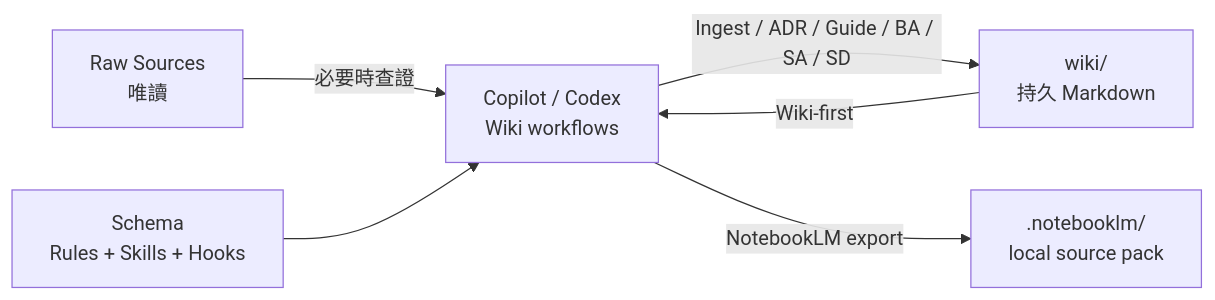
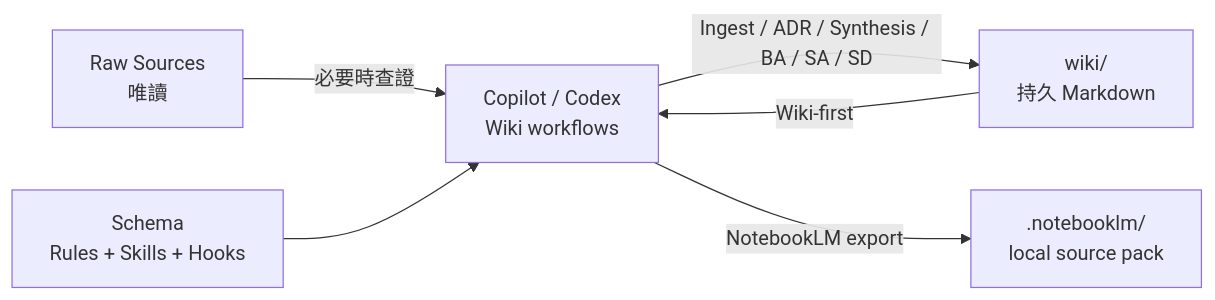
One commit to dennis8499/code-base-llm-wiki changed the diagram in README.md. Above: the diagram before and after it, drawn with Mermaid. The commit also changed other lines of this file and 81 other files, not shown here.

````diff
--- a/README.md
+++ b/README.md
@@ -73,8 +73,8 @@
 ```mermaid
 flowchart LR
     Source[Raw Sources\n唯讀] -->|必要時查證| Agent[Copilot / Codex\nWiki workflows]
     Wiki[wiki/\n持久 Markdown] -->|Wiki-first| Agent
-    Agent -->|Ingest / ADR / Guide / BA / SA / SD| Wiki
+    Agent -->|Ingest / ADR / Synthesis / BA / SA / SD| Wiki
     Agent -->|NotebookLM export| Pack[.notebooklm/\nlocal source pack]
     Schema[Schema\nRules + Skills + Hooks] --> Agent
 ```
````
